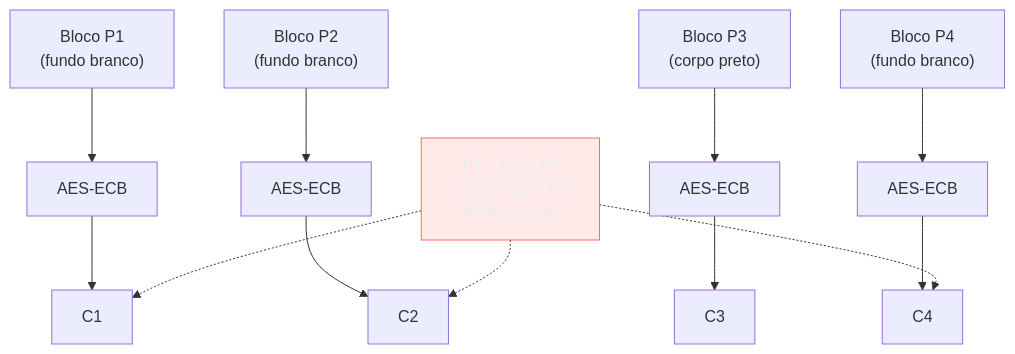
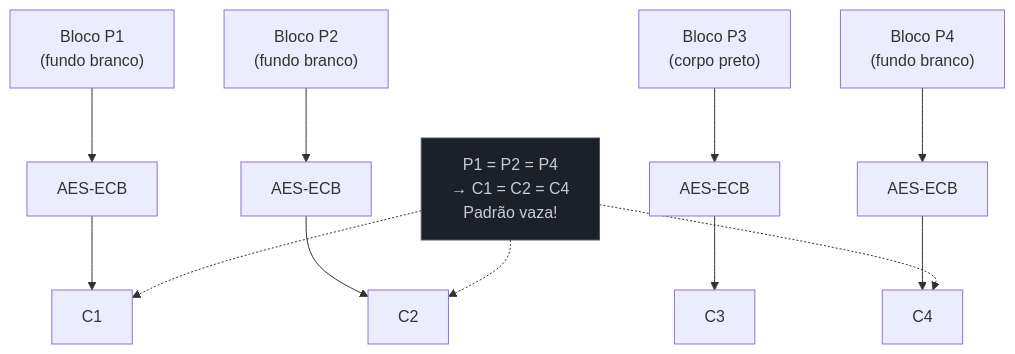
Before and after one commit to josenaldo/codex-technomanticus: the fourth of 8 diagrams in 03-Dominios/Engenharia/Segurança/07 - Criptografia simétrica.md, drawn with Mermaid. The commit also changed other lines of this file and 601 other files, not shown here.

````diff
--- a/03-Dominios/Engenharia/Segurança/07 - Criptografia simétrica.md
+++ b/03-Dominios/Engenharia/Segurança/07 - Criptografia simétrica.md
@@ -162,12 +162,12 @@
 ```mermaid
 flowchart TD
-  classDef falha fill:#FF6B6B24,stroke:#FF6B6B,color:#E9ECF2
+  classDef neutro fill:#1B2029,stroke:#4E5666,color:#C6CCD8
   P1["Bloco P1\n(fundo branco)"] --> E1["AES-ECB"] --> C1["C1"]
   P2["Bloco P2\n(fundo branco)"] --> E2["AES-ECB"] --> C2["C2"]
   P3["Bloco P3\n(corpo preto)"] --> E3["AES-ECB"] --> C3["C3"]
   P4["Bloco P4\n(fundo branco)"] --> E4["AES-ECB"] --> C4["C4"]
   REGRA["P1 = P2 = P4\n&rarr; C1 = C2 = C4\nPadr&atilde;o vaza!"] -.-> C1
   REGRA -.-> C2
   REGRA -.-> C4
-  class REGRA falha
+  class REGRA neutro
 ```
````
